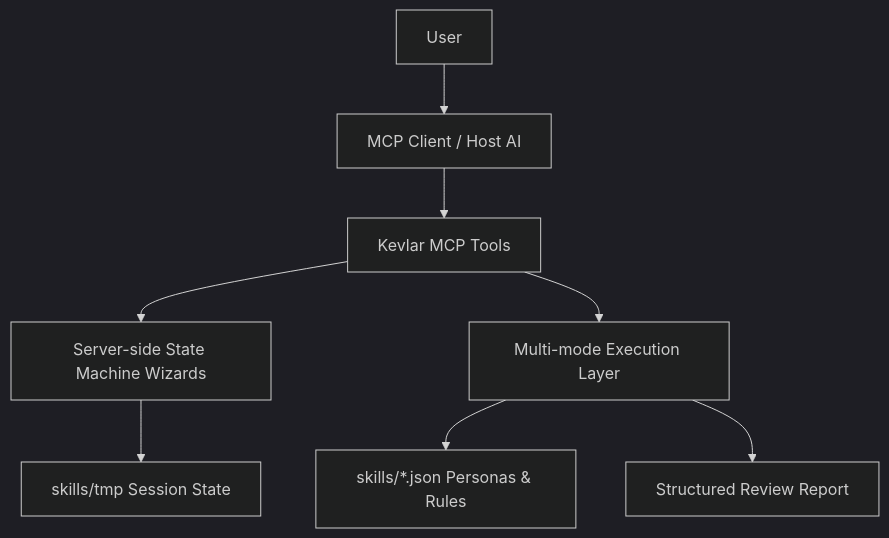
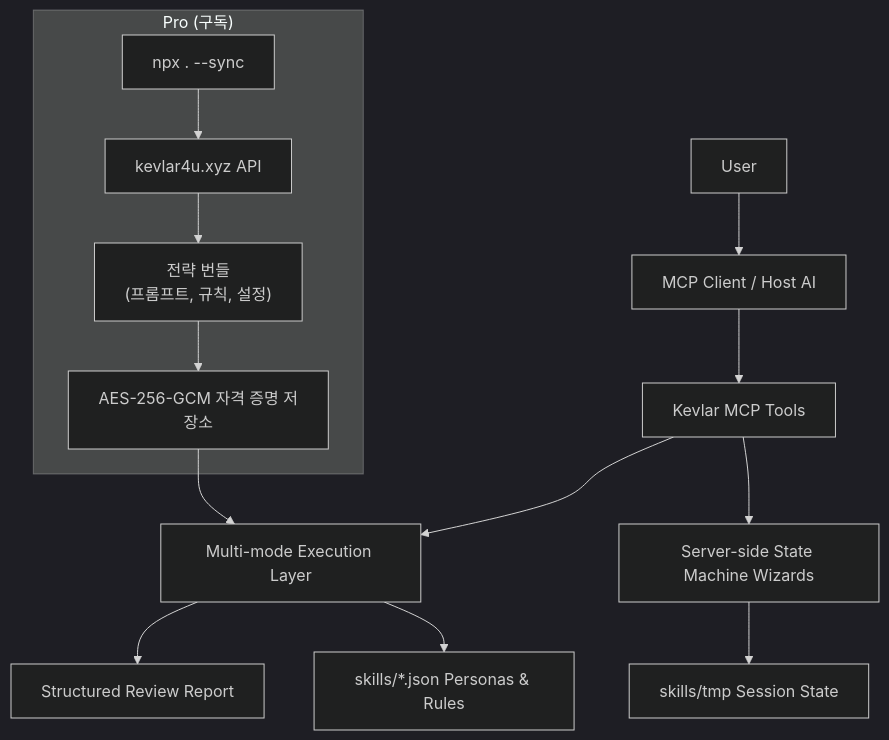
The third of 3 diagrams in docs/README.ko.md (ChurzeXo/kevlar-4u), drawn with Mermaid (dark theme) before and after one commit. The commit also changed other lines of this file and 35 other files, not shown here.

First line of the commit message:
fix: align with backend v1 API — sessionId 128-char limit, server URL, TDZ fix

````diff
--- a/docs/README.ko.md
+++ b/docs/README.ko.md
@@ -255,10 +279,19 @@
 ```mermaid
 flowchart TD
   User["User"] --> Client["MCP Client / Host AI"]
   Client --> Tools["Kevlar MCP Tools"]
   Tools --> Wizards["Server-side State Machine Wizards"]
   Tools --> Execution["Multi-mode Execution Layer"]
   Wizards --> Tmp["skills/tmp Session State"]
   Execution --> Personas["skills/*.json Personas & Rules"]
   Execution --> Report["Structured Review Report"]
+
+  subgraph Pro["Pro (구독)"]
+    Sync["npx . --sync"]
+    Server["kevlar4u.xyz API"]
+    Bundle["전략 번들<br/>(프롬프트, 규칙, 설정)"]
+    Cred["AES-256-GCM 자격 증명 저장소"]
+  end
+
+  Sync --> Server --> Bundle --> Cred --> Execution
 ```
````
